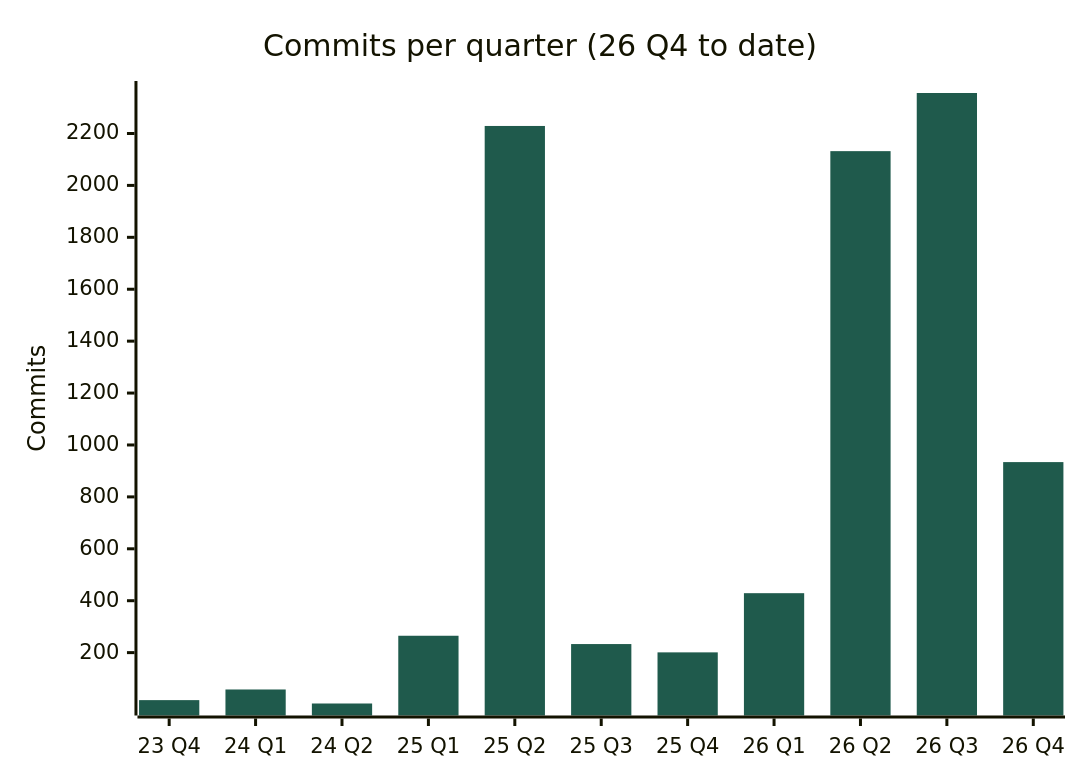
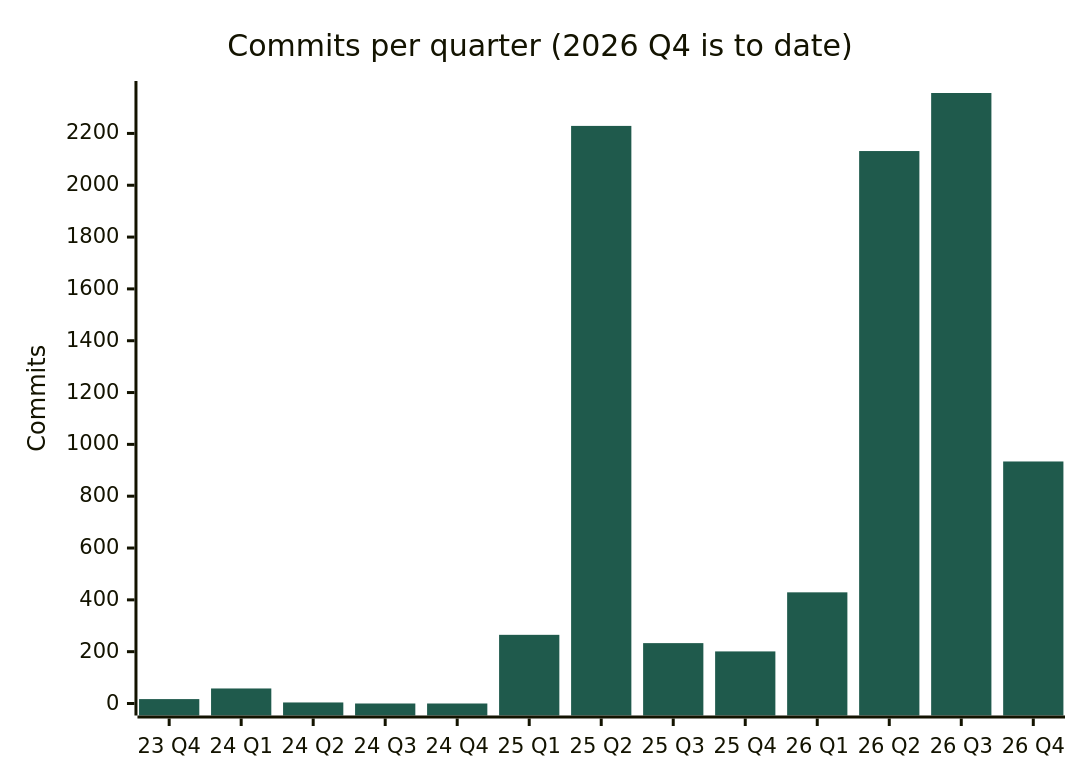
Before and after one commit to Mitch515/Mitch515: the diagram in README.md, drawn with Mermaid. The commit also changed 1 other file, not shown here.

Commit message:
Show quarters with no commits in the chart

````diff
--- a/README.md
+++ b/README.md
@@ -13,8 +13,8 @@
 ```mermaid
 %%{init: {'themeVariables': {'xyChart': {'plotColorPalette': '#1f5a4c'}}}}%%
 xychart-beta
-  title "Commits per quarter (26 Q4 to date)"
-  x-axis ["23 Q4", "24 Q1", "24 Q2", "25 Q1", "25 Q2", "25 Q3", "25 Q4", "26 Q1", "26 Q2", "26 Q3", "26 Q4"]
+  title "Commits per quarter (2026 Q4 is to date)"
+  x-axis ["23 Q4", "24 Q1", "24 Q2", "24 Q3", "24 Q4", "25 Q1", "25 Q2", "25 Q3", "25 Q4", "26 Q1", "26 Q2", "26 Q3", "26 Q4"]
   y-axis "Commits"
-  bar [17, 58, 4, 265, 2229, 233, 201, 429, 2132, 2356, 934]
+  bar [17, 58, 4, 0, 0, 265, 2229, 233, 201, 429, 2132, 2356, 934]
 ```
````
